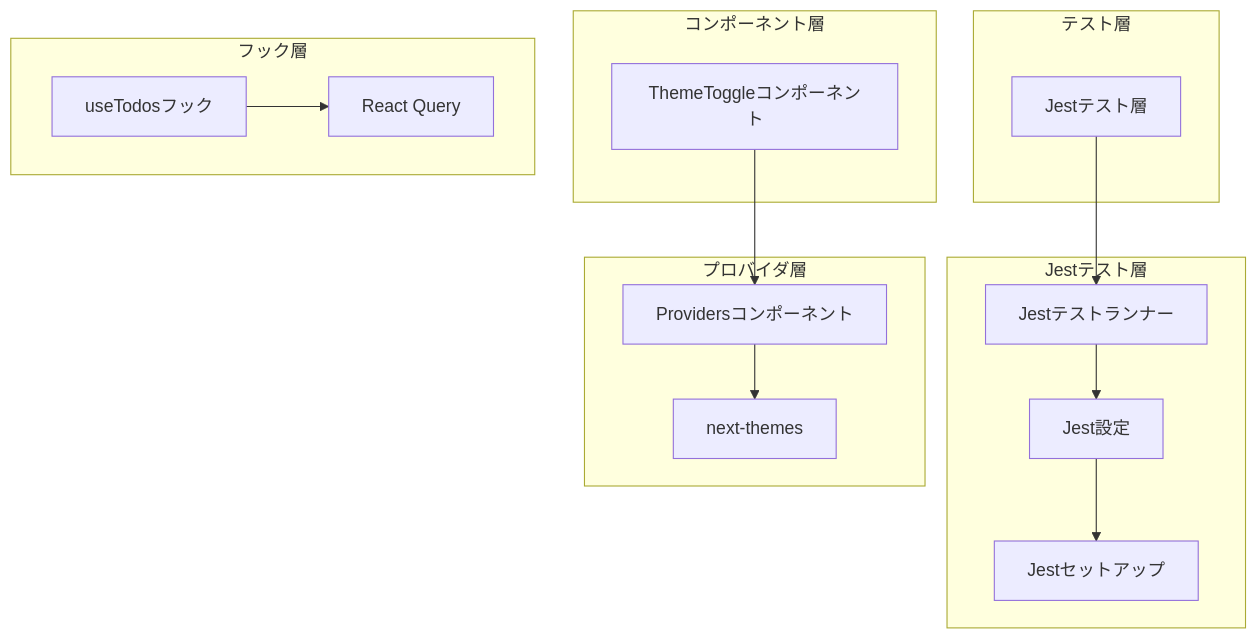
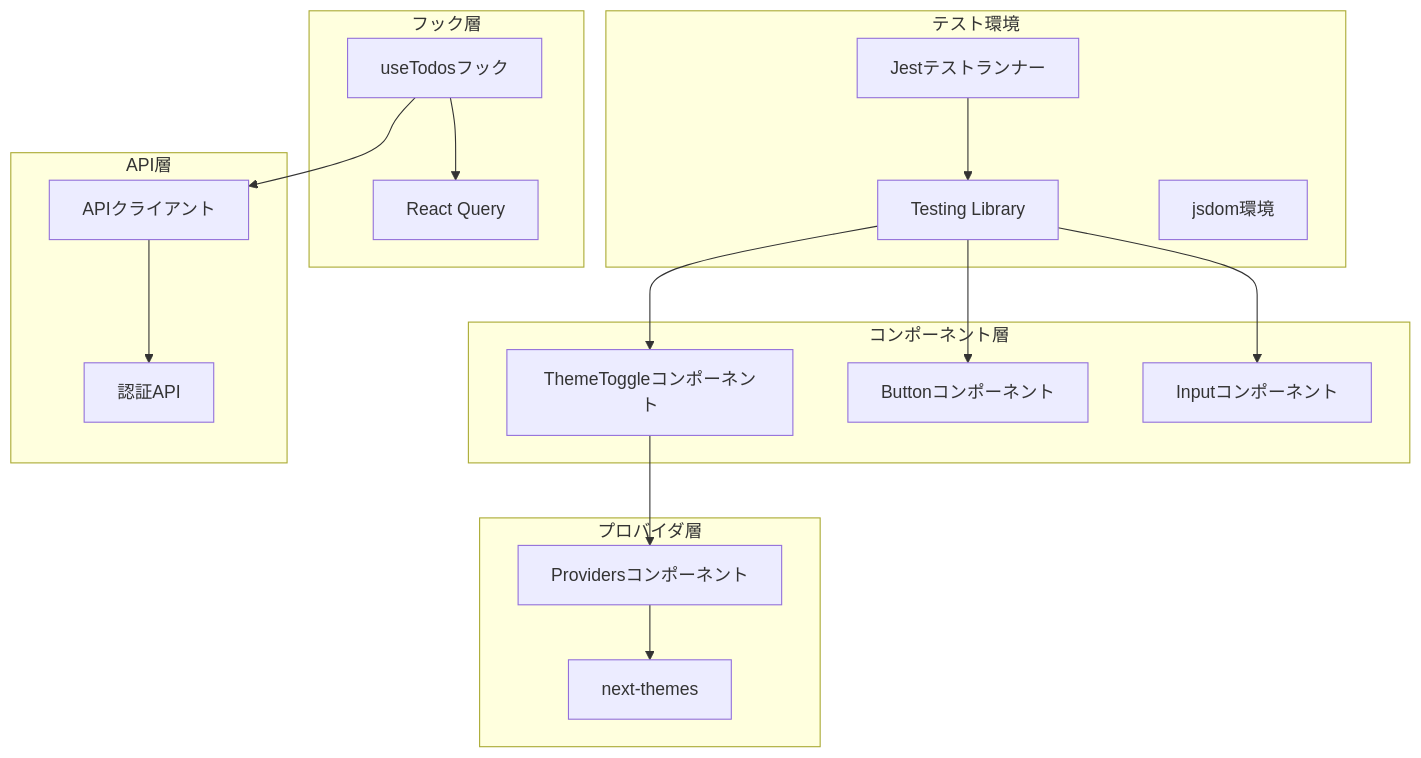
Before and after one commit to ss8806/Todos: the first of 5 diagrams in .qoder/repowiki/ja/content/フロントエンド開発/フロントエンドテストフレームワーク.md, drawn with Mermaid. The commit also changed other lines of this file and 5 other files, not shown here.

First line of the commit message:
📐 Architecture Diagram詳細化

````diff
--- a/.qoder/repowiki/ja/content/フロントエンド開発/フロントエンドテストフレームワーク.md
+++ b/.qoder/repowiki/ja/content/フロントエンド開発/フロントエンドテストフレームワーク.md
@@ -40,28 +35,34 @@
 ```mermaid
 graph TB
-subgraph "テスト層"
-JestLayer[Jestテスト層]
-end
-subgraph "Jestテスト層"
-JestRunner[Jestテストランナー]
-JestConfig[Jest設定]
-JestSetup[Jestセットアップ]
+subgraph "テスト環境"
+Jest[Jestテストランナー]
+TL[Testing Library]
+JSDOM[jsdom環境]
 end
 subgraph "コンポーネント層"
 ThemeToggle[ThemeToggleコンポーネント]
+Button[Buttonコンポーネント]
+Input[Inputコンポーネント]
 end
 subgraph "フック層"
 UseTodos[useTodosフック]
 ReactQuery[React Query]
 end
 subgraph "プロバイダ層"
 Providers[Providersコンポーネント]
 ThemeProvider[next-themes]
 end
-JestLayer --> JestRunner
-JestRunner --> JestConfig
-JestConfig --> JestSetup
+subgraph "API層"
+APIClient[APIクライアント]
+Auth[認証API]
+end
+Jest --> TL
+TL --> ThemeToggle
+TL --> Button
+TL --> Input
 ThemeToggle --> Providers
 UseTodos --> ReactQuery
 Providers --> ThemeProvider
+UseTodos --> APIClient
+APIClient --> Auth
 ```
````
